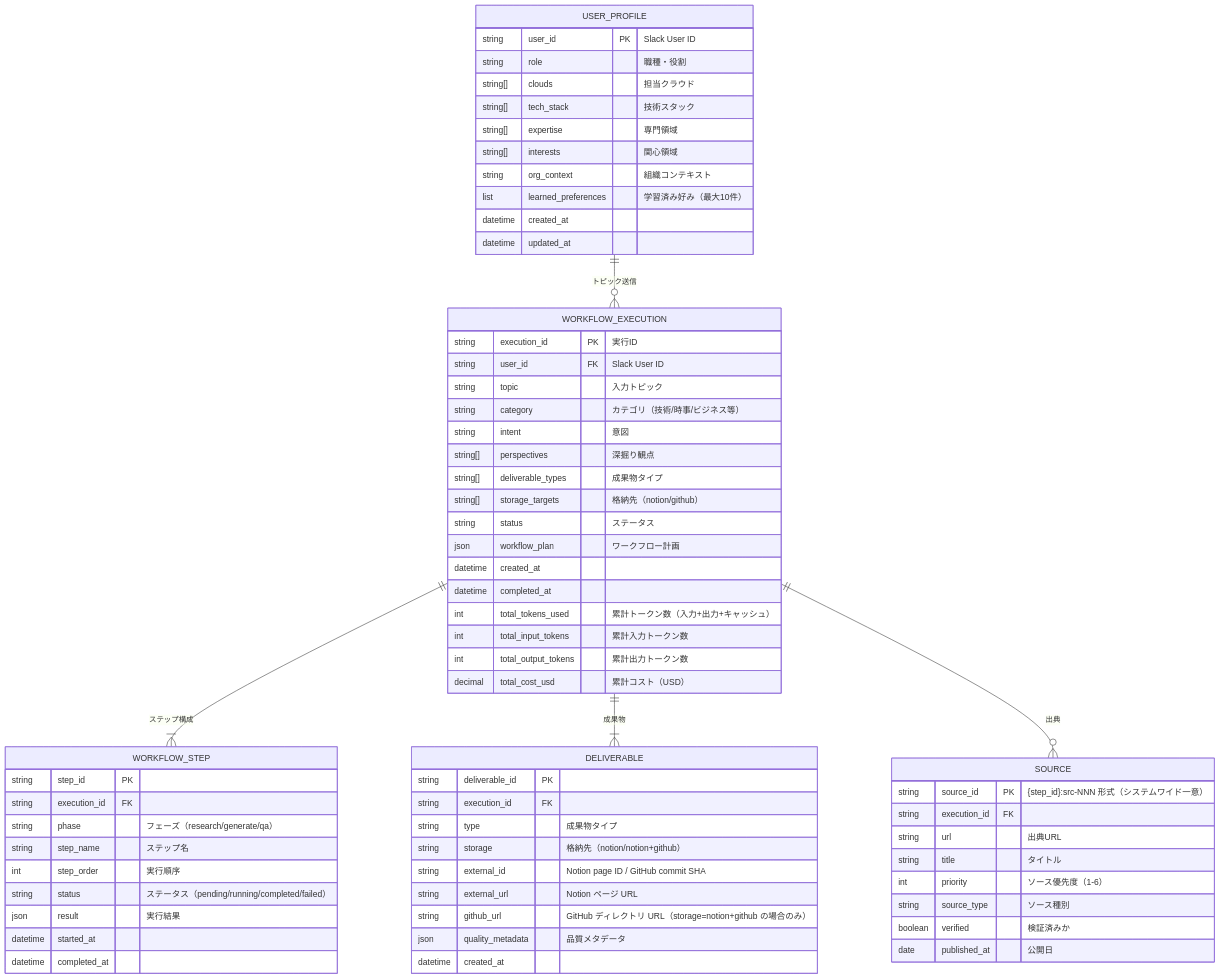
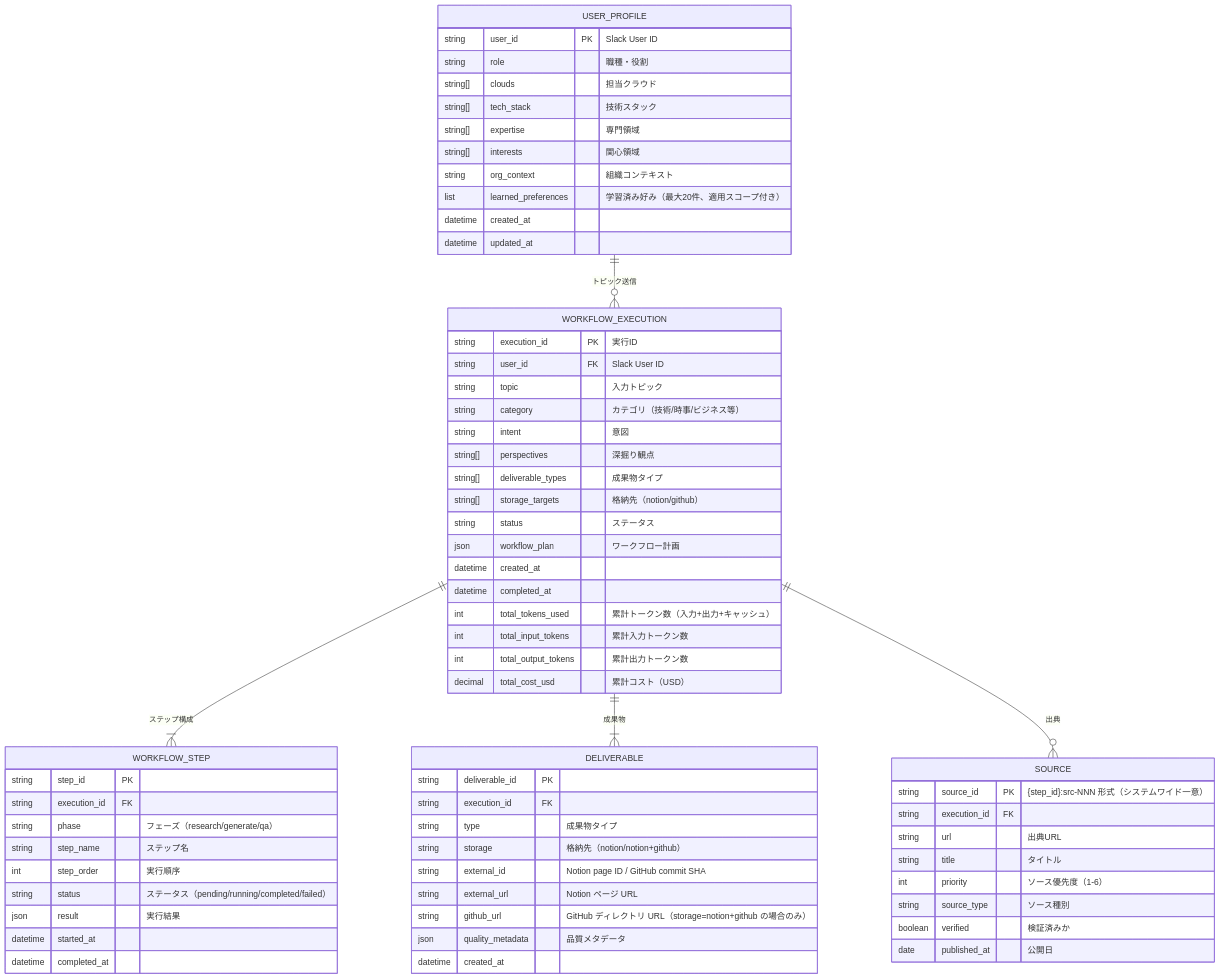
The second of 7 diagrams in docs/functional-design.md (Shintaro-Abe/catch-expander-code), drawn with Mermaid before and after one commit. The commit also changed other lines of this file and 19 other files, not shown here.

First line of the commit message:
feat(agent): learned_preferences に適用スコープ導入（段階的絞り込みフィルタ）

````diff
--- a/docs/functional-design.md
+++ b/docs/functional-design.md
@@ -126,74 +126,74 @@
 ```mermaid
 erDiagram
     USER_PROFILE {
         string user_id PK "Slack User ID"
         string role "職種・役割"
         string[] clouds "担当クラウド"
         string[] tech_stack "技術スタック"
         string[] expertise "専門領域"
         string[] interests "関心領域"
         string org_context "組織コンテキスト"
-        list learned_preferences "学習済み好み（最大10件）"
+        list learned_preferences "学習済み好み（最大20件、適用スコープ付き）"
         datetime created_at
         datetime updated_at
     }
 
     WORKFLOW_EXECUTION {
         string execution_id PK "実行ID"
         string user_id FK "Slack User ID"
         string topic "入力トピック"
         string category "カテゴリ（技術/時事/ビジネス等）"
         string intent "意図"
         string[] perspectives "深掘り観点"
         string[] deliverable_types "成果物タイプ"
         string[] storage_targets "格納先（notion/github）"
         string status "ステータス"
         json workflow_plan "ワークフロー計画"
         datetime created_at
         datetime completed_at
         int total_tokens_used "累計トークン数（入力+出力+キャッシュ）"
         int total_input_tokens "累計入力トークン数"
         int total_output_tokens "累計出力トークン数"
         decimal total_cost_usd "累計コスト（USD）"
     }
 
     WORKFLOW_STEP {
         string step_id PK
         string execution_id FK
         string phase "フェーズ（research/generate/qa）"
         string step_name "ステップ名"
         int step_order "実行順序"
         string status "ステータス（pending/running/completed/failed）"
         json result "実行結果"
         datetime started_at
         datetime completed_at
     }
 
     DELIVERABLE {
         string deliverable_id PK
         string execution_id FK
         string type "成果物タイプ"
         string storage "格納先（notion/notion+github）"
         string external_id "Notion page ID / GitHub commit SHA"
         string external_url "Notion ページ URL"
         string github_url "GitHub ディレクトリ URL（storage=notion+github の場合のみ）"
         json quality_metadata "品質メタデータ"
         datetime created_at
     }
 
     SOURCE {
         string source_id PK "{step_id}:src-NNN 形式（システムワイド一意）"
         string execution_id FK
         string url "出典URL"
         string title "タイトル"
         int priority "ソース優先度（1-6）"
         string source_type "ソース種別"
         boolean verified "検証済みか"
         date published_at "公開日"
     }
 
     USER_PROFILE ||--o{ WORKFLOW_EXECUTION : "トピック送信"
     WORKFLOW_EXECUTION ||--|{ WORKFLOW_STEP : "ステップ構成"
     WORKFLOW_EXECUTION ||--|{ DELIVERABLE : "成果物"
     WORKFLOW_EXECUTION ||--o{ SOURCE : "出典"
 ```
````
